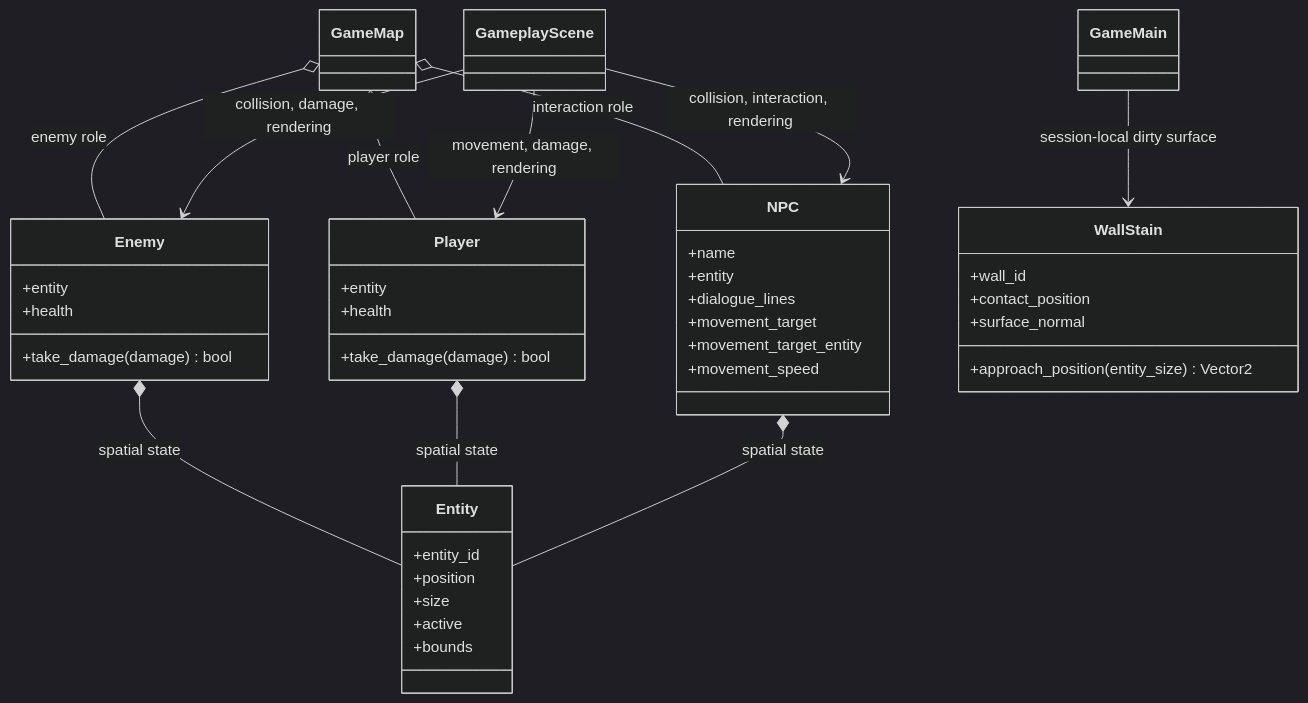
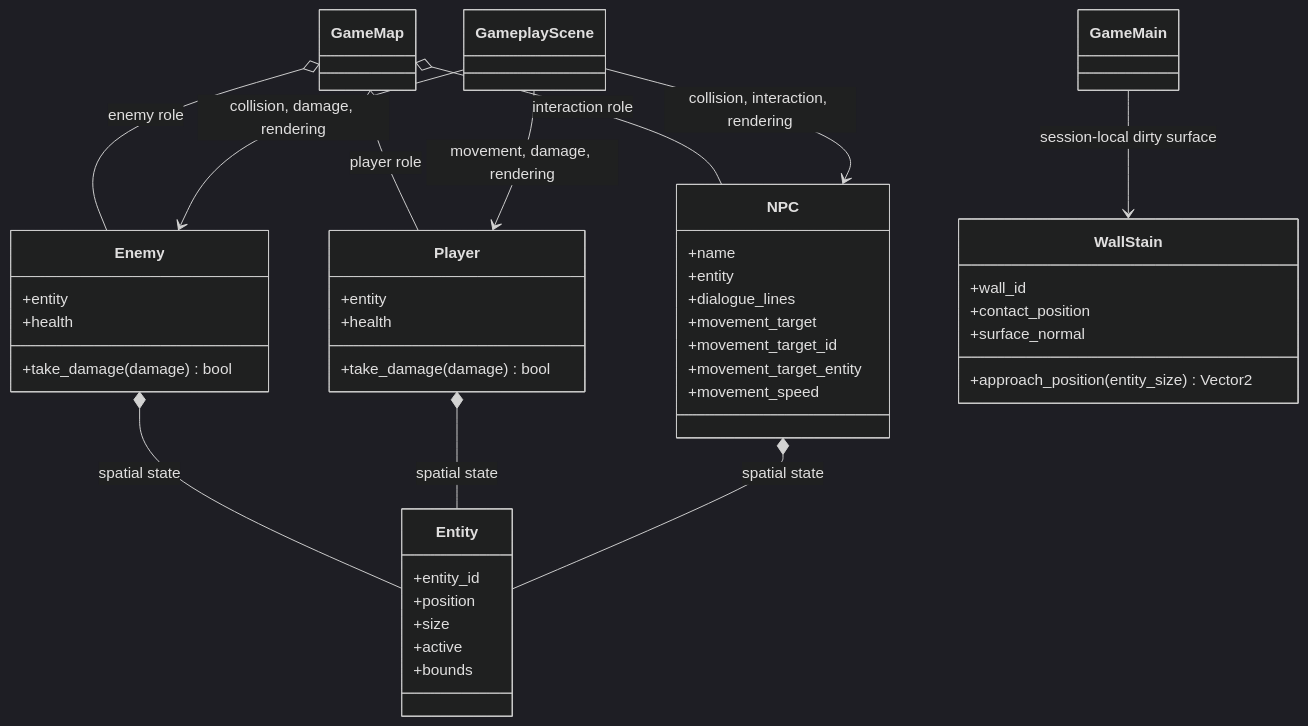
The diagram in docs/architecture/entities.md (VincentMardon/my_first_adventure_game), drawn with Mermaid (dark theme) before and after one commit. The commit also changed other lines of this file and 12 other files, not shown here.

````diff
--- a/docs/architecture/entities.md
+++ b/docs/architecture/entities.md
@@ -80,49 +81,50 @@
 ```mermaid
 classDiagram
     class Entity {
         +entity_id
         +position
         +size
         +active
         +bounds
     }
 
     class Enemy {
         +entity
         +health
         +take_damage(damage) bool
     }
 
     class Player {
         +entity
         +health
         +take_damage(damage) bool
     }
 
     class NPC {
         +name
         +entity
         +dialogue_lines
         +movement_target
+        +movement_target_id
         +movement_target_entity
         +movement_speed
     }
 
     class WallStain {
         +wall_id
         +contact_position
         +surface_normal
         +approach_position(entity_size) Vector2
     }
 
     Enemy *-- Entity : spatial state
     Player *-- Entity : spatial state
     NPC *-- Entity : spatial state
     GameMap o-- Enemy : enemy role
     GameMap o-- NPC : interaction role
     GameMap o-- Player : player role
     GameplayScene --> Enemy : collision, damage, rendering
     GameplayScene --> NPC : collision, interaction, rendering
     GameplayScene --> Player : movement, damage, rendering
     GameMain --> WallStain : session-local dirty surface
 ```
````
